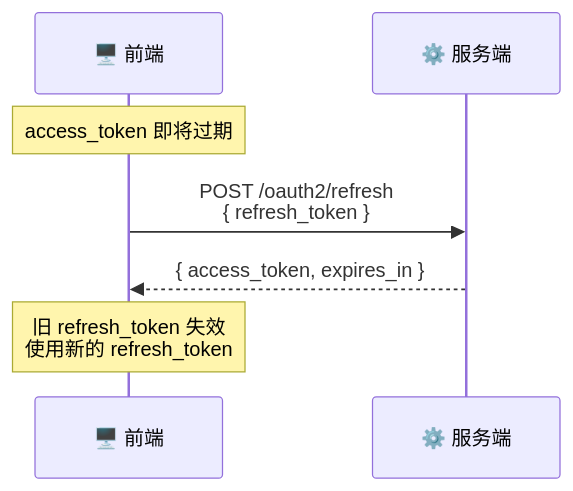
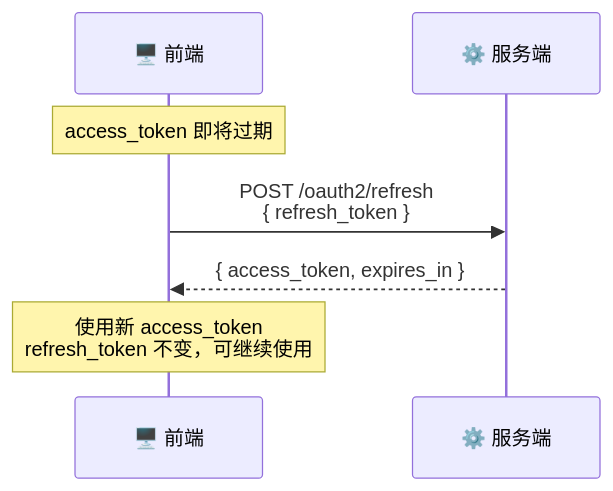
Before and after one commit to rtc-agent/docs: the second of 3 diagrams in src/content/docs/protocol/http-api.md, drawn with Mermaid. The commit also changed other lines of this file and 60 other files, not shown here.

First line of the commit message:
docs(site): refresh documentation with new sections and improved diagrams

````diff
--- a/src/content/docs/protocol/http-api.md
+++ b/src/content/docs/protocol/http-api.md
@@ -114,10 +114,10 @@
 ```mermaid
 sequenceDiagram
     participant FE as 🖥️ 前端
     participant Server as ⚙️ 服务端
 
     Note over FE: access_token 即将过期
     FE->>Server: POST /oauth2/refresh<br/>{ refresh_token }
     Server-->>FE: { access_token, expires_in }
-    Note over FE: 旧 refresh_token 失效<br/>使用新的 refresh_token
+    Note over FE: 使用新 access_token<br/>refresh_token 不变，可继续使用
 ```
````
